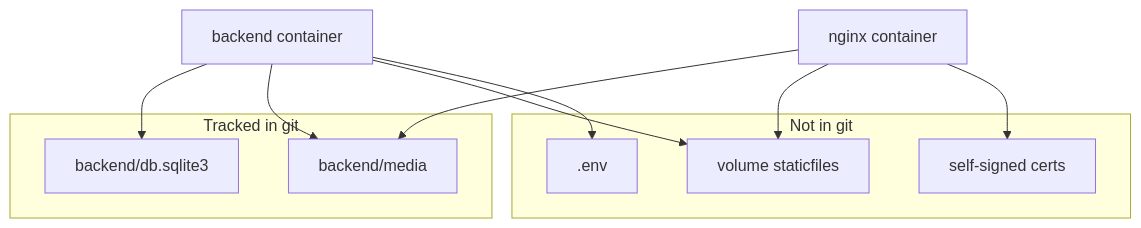
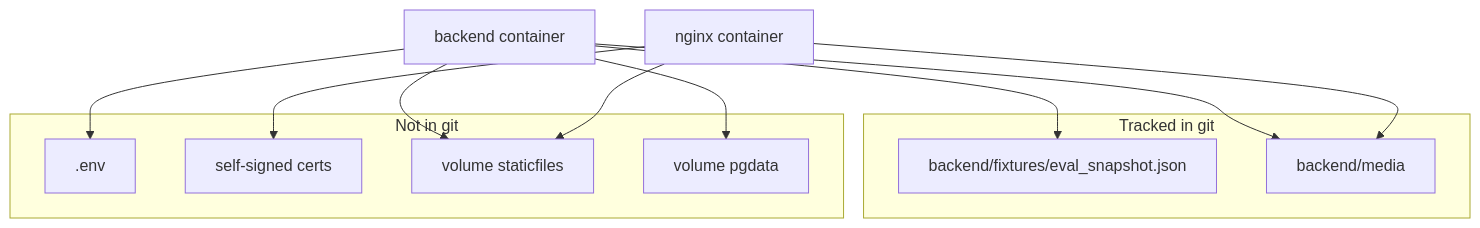
One commit to BalazsHoc/ft_transcendence changed the diagram in docs/docker/data.mmd. Above: the diagram before and after it, drawn with Mermaid. The commit also changed 15 other files, not shown here.

```diff
--- a/docs/docker/data.mmd
+++ b/docs/docker/data.mmd
@@ -1,17 +1,19 @@
 flowchart TB
   subgraph gitTracked [Tracked in git]
-    sqlite["backend/db.sqlite3"]
+    fixture["backend/fixtures/eval_snapshot.json"]
     media["backend/media"]
   end
   subgraph notGit [Not in git]
     envFile[".env"]
     certs["self-signed certs"]
     staticVol["volume staticfiles"]
+    pgdata["volume pgdata"]
   end
-  backend["backend container"] --> sqlite
+  backend["backend container"] --> pgdata
   backend --> media
   backend --> staticVol
+  backend --> fixture
   nginx["nginx container"] --> media
   nginx --> staticVol
   nginx --> certs
   backend --> envFile
```
